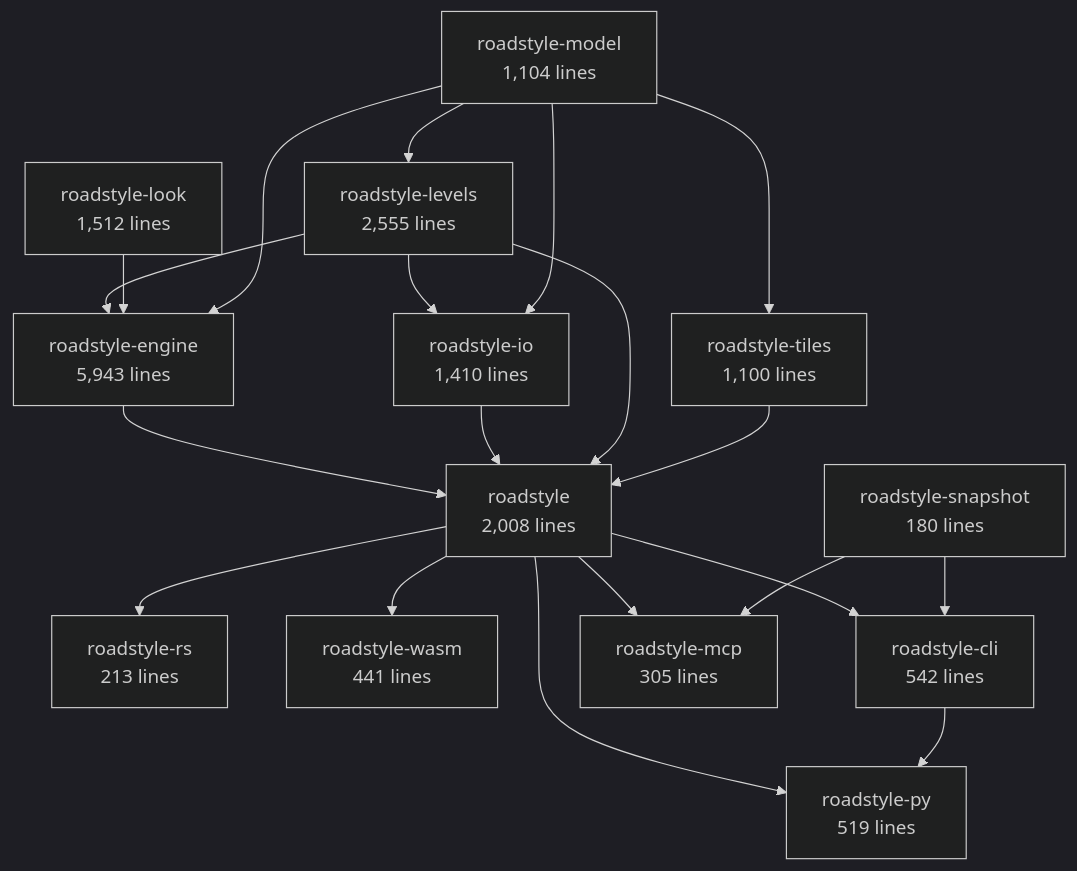
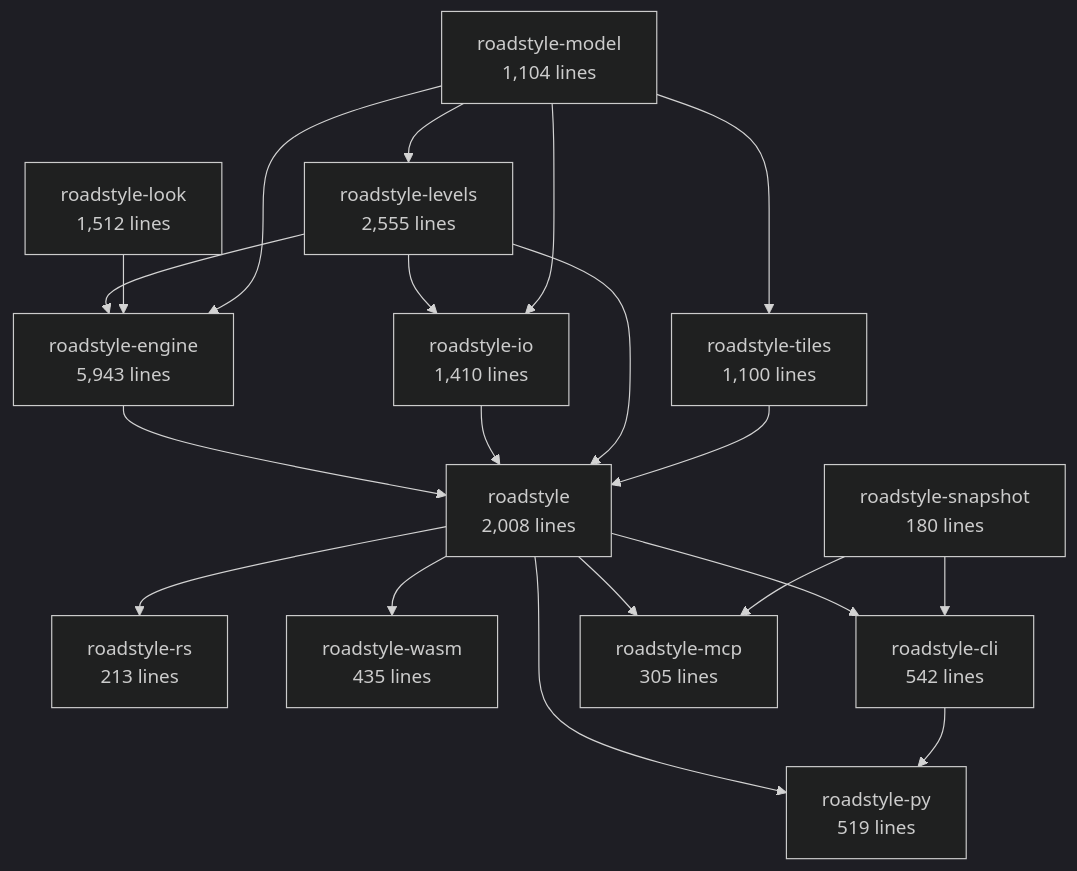
Before and after one commit to Khoshkhah/roadstyle: the second of 6 diagrams in docs/rust/architecture.md, drawn with Mermaid (dark theme). The commit also changed other lines of this file and 5 other files, not shown here.

````diff
--- a/docs/rust/architecture.md
+++ b/docs/rust/architecture.md
@@ -70,35 +70,35 @@
 ```mermaid
 flowchart TB
     roadstyle_model["roadstyle-model<br/>1,104 lines"]
     roadstyle_look["roadstyle-look<br/>1,512 lines"]
     roadstyle_io["roadstyle-io<br/>1,410 lines"]
     roadstyle_levels["roadstyle-levels<br/>2,555 lines"]
     roadstyle_engine["roadstyle-engine<br/>5,943 lines"]
     roadstyle_tiles["roadstyle-tiles<br/>1,100 lines"]
     roadstyle["roadstyle<br/>2,008 lines"]
     roadstyle_rs["roadstyle-rs<br/>213 lines"]
-    roadstyle_wasm["roadstyle-wasm<br/>441 lines"]
+    roadstyle_wasm["roadstyle-wasm<br/>435 lines"]
     roadstyle_py["roadstyle-py<br/>519 lines"]
     roadstyle_cli["roadstyle-cli<br/>542 lines"]
     roadstyle_mcp["roadstyle-mcp<br/>305 lines"]
     roadstyle_snapshot["roadstyle-snapshot<br/>180 lines"]
     roadstyle_levels --> roadstyle_io
     roadstyle_model --> roadstyle_io
     roadstyle_model --> roadstyle_levels
     roadstyle_levels --> roadstyle_engine
     roadstyle_look --> roadstyle_engine
     roadstyle_model --> roadstyle_engine
     roadstyle_model --> roadstyle_tiles
     roadstyle_engine --> roadstyle
     roadstyle_io --> roadstyle
     roadstyle_levels --> roadstyle
     roadstyle_tiles --> roadstyle
     roadstyle --> roadstyle_rs
     roadstyle --> roadstyle_wasm
     roadstyle --> roadstyle_py
     roadstyle_cli --> roadstyle_py
     roadstyle --> roadstyle_cli
     roadstyle_snapshot --> roadstyle_cli
     roadstyle --> roadstyle_mcp
     roadstyle_snapshot --> roadstyle_mcp
 ```
````
